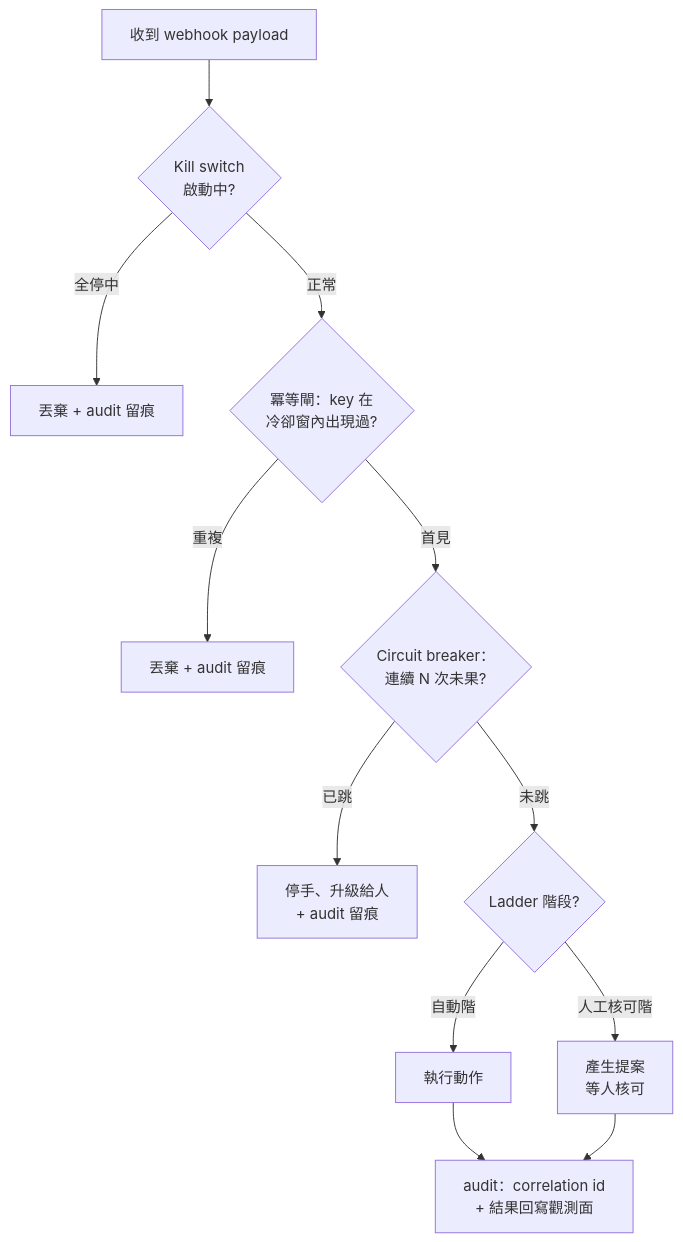
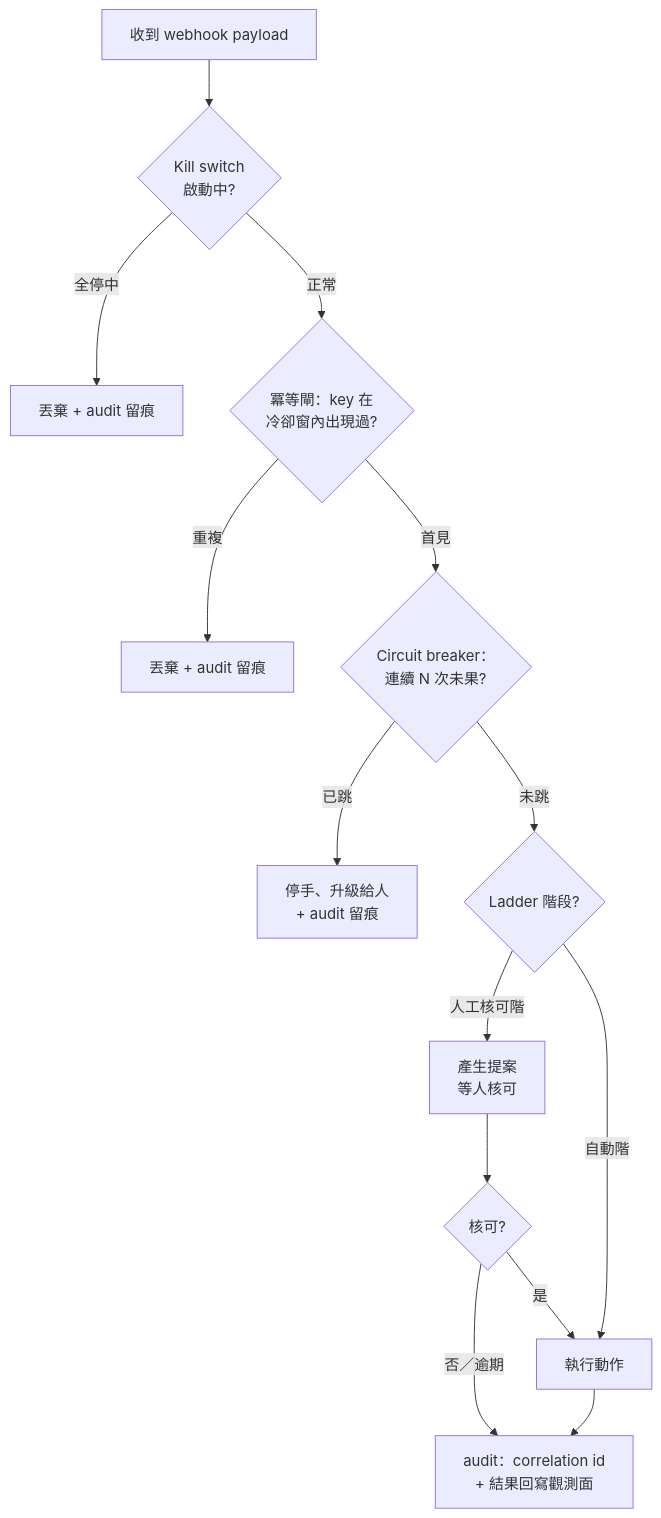
One commit to vencil/Dynamic-Alerting-Integrations changed the diagram in docs/alerting-best-practices.md. Above: the diagram before and after it, drawn with Mermaid. The commit also changed other lines of this file and 3 other files, not shown here.

First line of the commit message:
docs: CodeRabbit R1 disposition——冪等閘節流語意澄清 + 流程圖核可分支 + EN locale 連結

````diff
--- a/docs/alerting-best-practices.md
+++ b/docs/alerting-best-practices.md
@@ -95,14 +95,16 @@
 ```mermaid
 flowchart TD
     P["收到 webhook payload"] --> KS{"Kill switch<br/>啟動中?"}
     KS -->|"全停中"| A1["丟棄 + audit 留痕"]
     KS -->|正常| IG{"冪等閘：key 在<br/>冷卻窗內出現過?"}
     IG -->|重複| A2["丟棄 + audit 留痕"]
     IG -->|首見| CB{"Circuit breaker：<br/>連續 N 次未果?"}
     CB -->|已跳| A3["停手、升級給人<br/>+ audit 留痕"]
     CB -->|未跳| LD{"Ladder 階段?"}
     LD -->|"人工核可階"| PR["產生提案<br/>等人核可"]
+    PR --> AP{"核可?"}
+    AP -->|"是"| EX
+    AP -->|"否／逾期"| AU
     LD -->|"自動階"| EX["執行動作"]
     EX --> AU["audit：correlation id<br/>+ 結果回寫觀測面"]
-    PR --> AU
 ```
````
